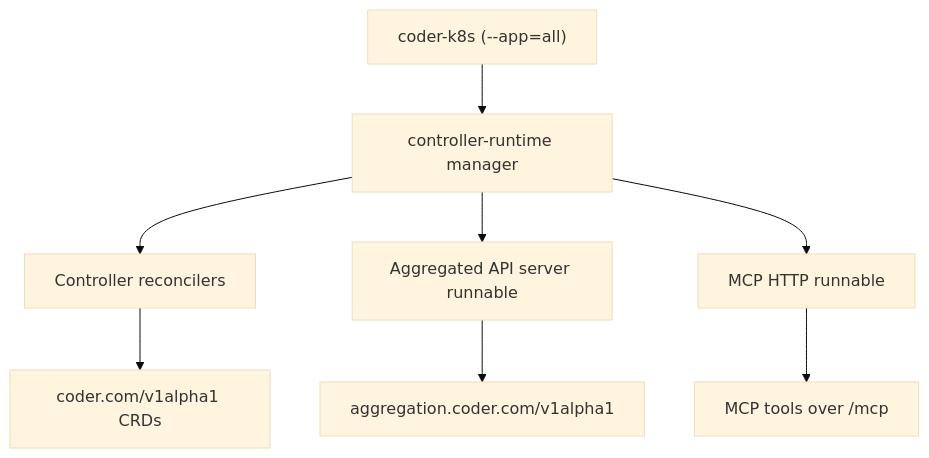
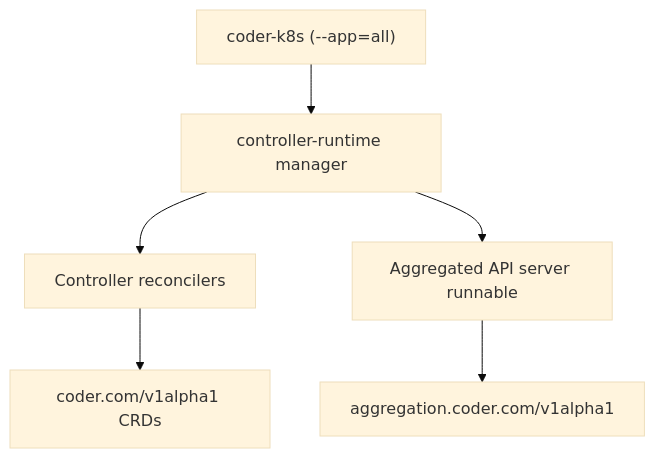
One commit to coder/coder-k8s changed the first of 2 diagrams in docs/explanation/architecture.md. Above: the diagram before and after it, drawn with Mermaid (base theme). The commit also changed other lines of this file and 27 other files, not shown here.

````diff
--- a/docs/explanation/architecture.md
+++ b/docs/explanation/architecture.md
@@ -16,11 +16,9 @@
 ```mermaid
 graph TD
   entry["coder-k8s (--app=all)"] --> mgr["controller-runtime manager"]
   mgr --> ctrl["Controller reconcilers"]
   mgr --> agg["Aggregated API server runnable"]
-  mgr --> mcp["MCP HTTP runnable"]
 
   ctrl --> crds["coder.com/v1alpha1 CRDs"]
   agg --> api["aggregation.coder.com/v1alpha1"]
-  mcp --> tools["MCP tools over /mcp"]
 ```
````
